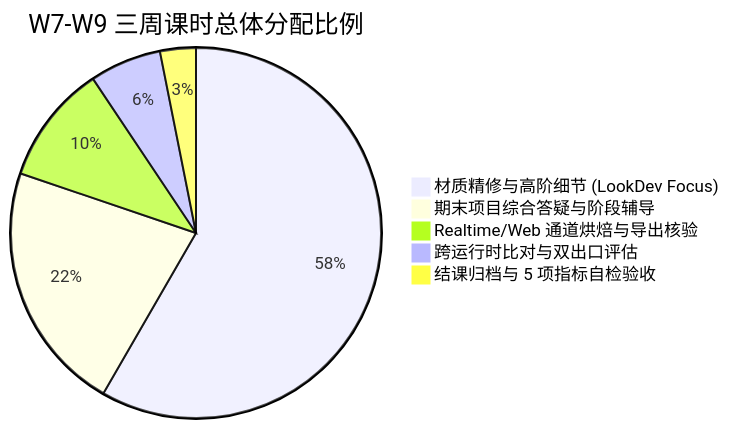
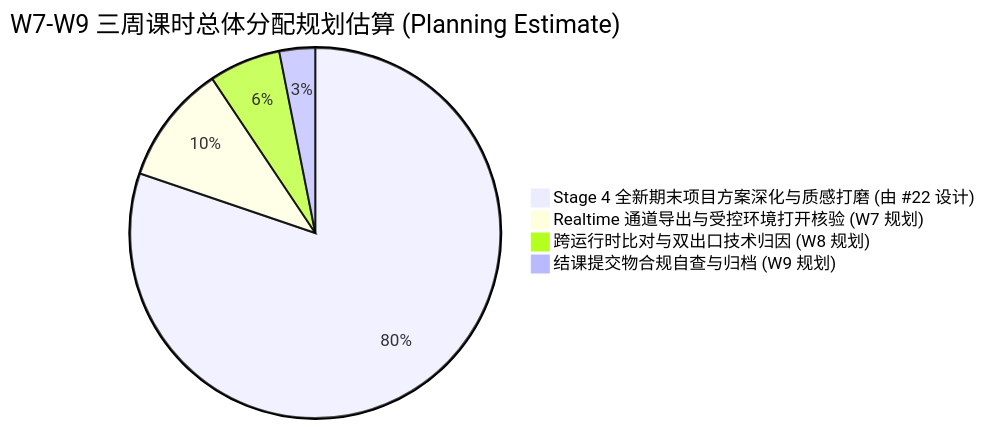
The diagram in docs/research/realtime-web-material-path.md (carllx/corso-pbr-materials), drawn with Mermaid before and after one commit. The commit also changed other lines of this file, not shown here.

Commit message:
docs(research): address Browser review deltas on realtime web material path (#21)

````diff
--- a/docs/research/realtime-web-material-path.md
+++ b/docs/research/realtime-web-material-path.md
@@ -91,8 +86,7 @@
 ```mermaid
-pie title W7-W9 三周课时总体分配比例
-    "材质精修与高阶细节 (LookDev Focus)" : 280
-    "期末项目综合答疑与阶段辅导" : 105
-    "Realtime/Web 通道烘焙与导出核验" : 50
-    "跨运行时比对与双出口评估" : 30
-    "结课归档与 5 项指标自检验收" : 15
+pie title W7-W9 三周课时总体分配规划估算 (Planning Estimate)
+    "Stage 4 全新期末项目方案深化与质感打磨 (由 #22 设计)" : 385
+    "Realtime 通道导出与受控环境打开核验 (W7 规划)" : 50
+    "跨运行时比对与双出口技术归因 (W8 规划)" : 30
+    "结课提交物合规自查与归档 (W9 规划)" : 15
 ```
````
